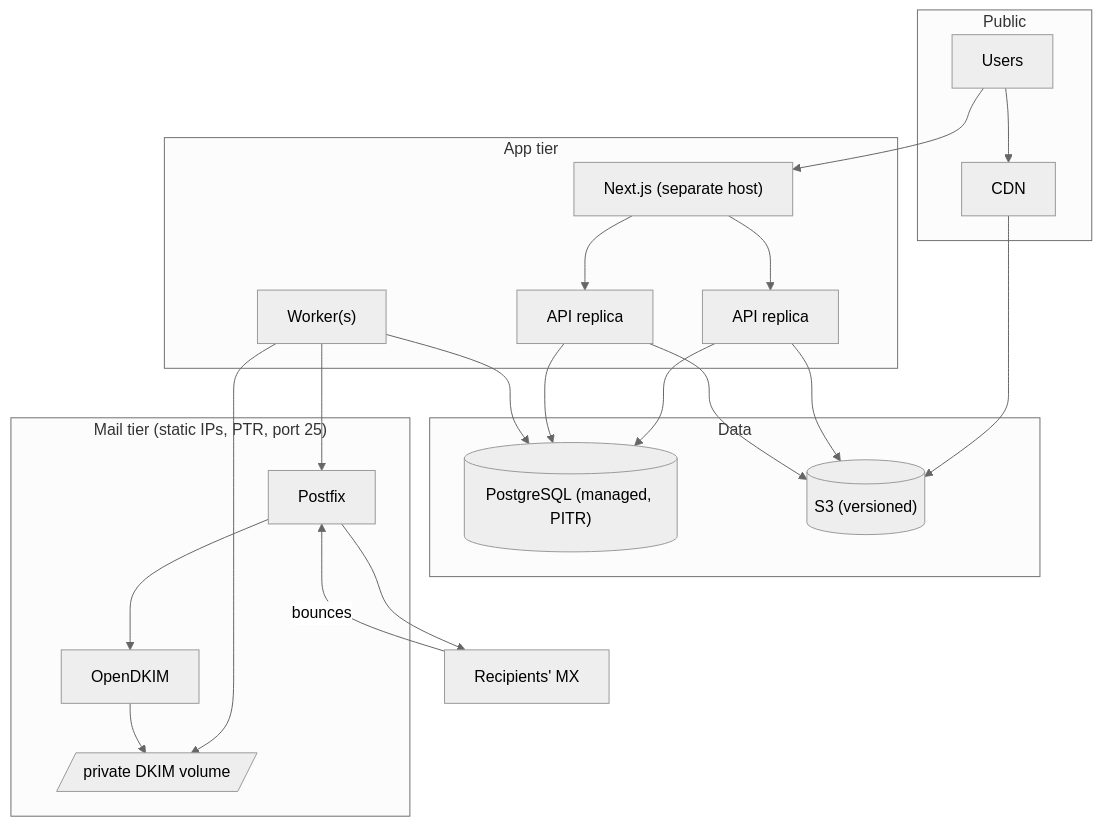
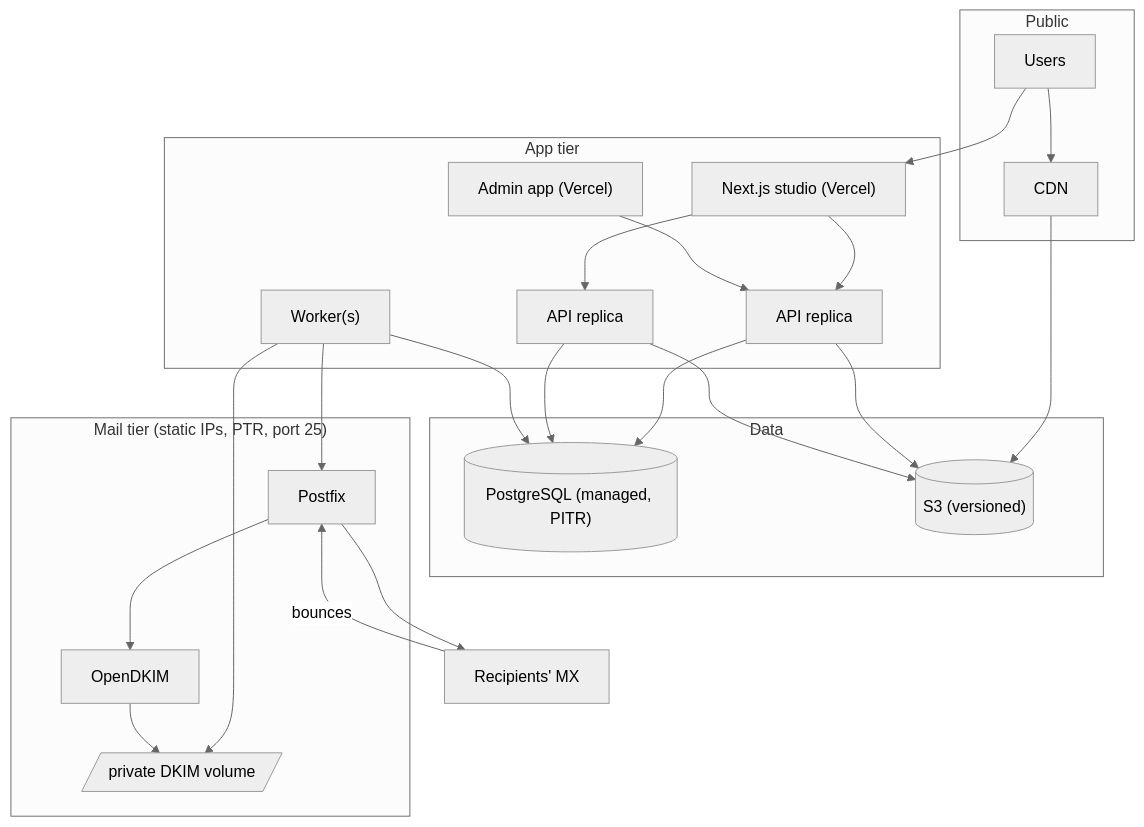
One commit to AbimbolaOO/mailvender-backend changed diagram 14 of 16 in docs/ARCHITECTURE.md. Above: the diagram before and after it, drawn with Mermaid (neutral theme). The commit also changed other lines of this file and 48 other files, not shown here.

````diff
--- a/docs/ARCHITECTURE.md
+++ b/docs/ARCHITECTURE.md
@@ -719,31 +767,33 @@
 ```mermaid
 flowchart TB
     subgraph Public
         U["Users"]
         CDN["CDN"]
     end
     subgraph App["App tier"]
-        FE["Next.js (separate host)"]
+        FE["Next.js studio (Vercel)"]
+        ADM["Admin app (Vercel)"]
         API1["API replica"]
         API2["API replica"]
         W1["Worker(s)"]
     end
     subgraph Data
         PG[("PostgreSQL (managed, PITR)")]
         S3[("S3 (versioned)")]
     end
     subgraph Mail["Mail tier (static IPs, PTR, port 25)"]
         PF["Postfix"]
         OD["OpenDKIM"]
         V[/"private DKIM volume"/]
     end
     U --> FE --> API1 & API2
+    ADM --> API1
     U --> CDN --> S3
     API1 & API2 & W1 --> PG
     API1 & API2 --> S3
     W1 --> PF --> OD
     W1 --> V
     OD --> V
     PF --> Internet["Recipients' MX"]
     Internet -- "bounces" --> PF
 ```
````
